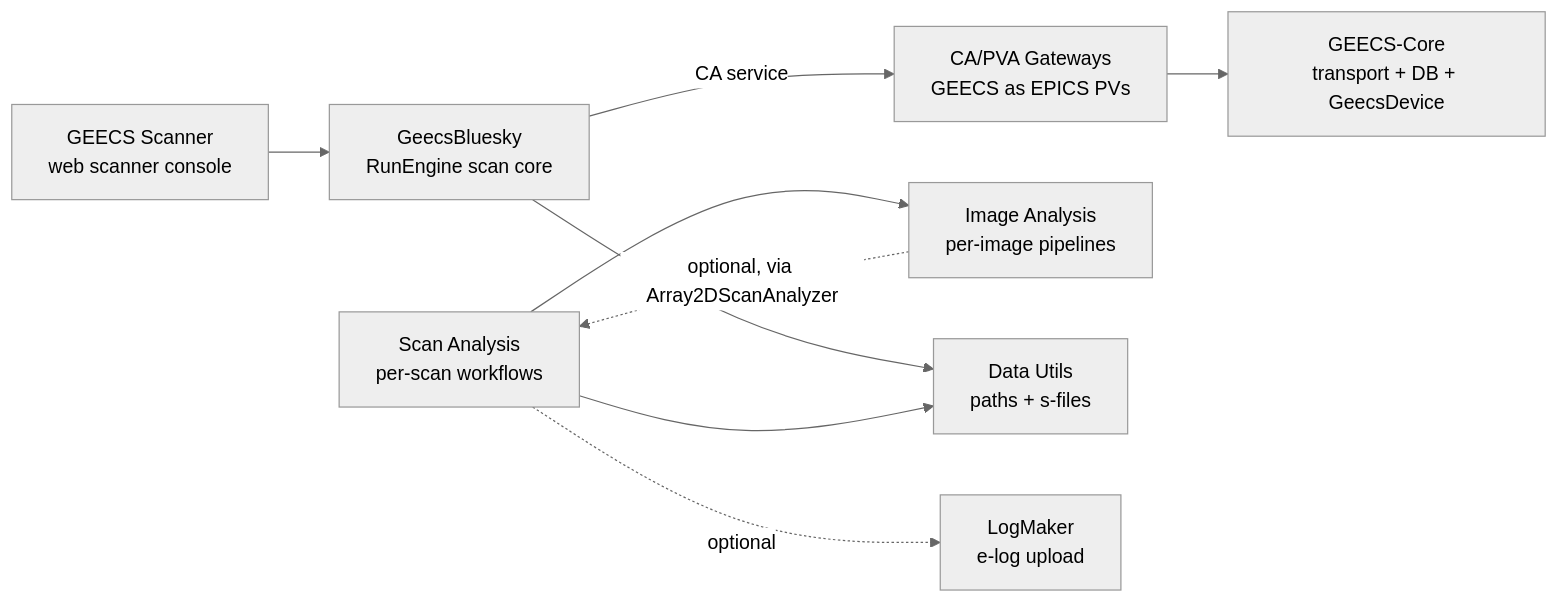
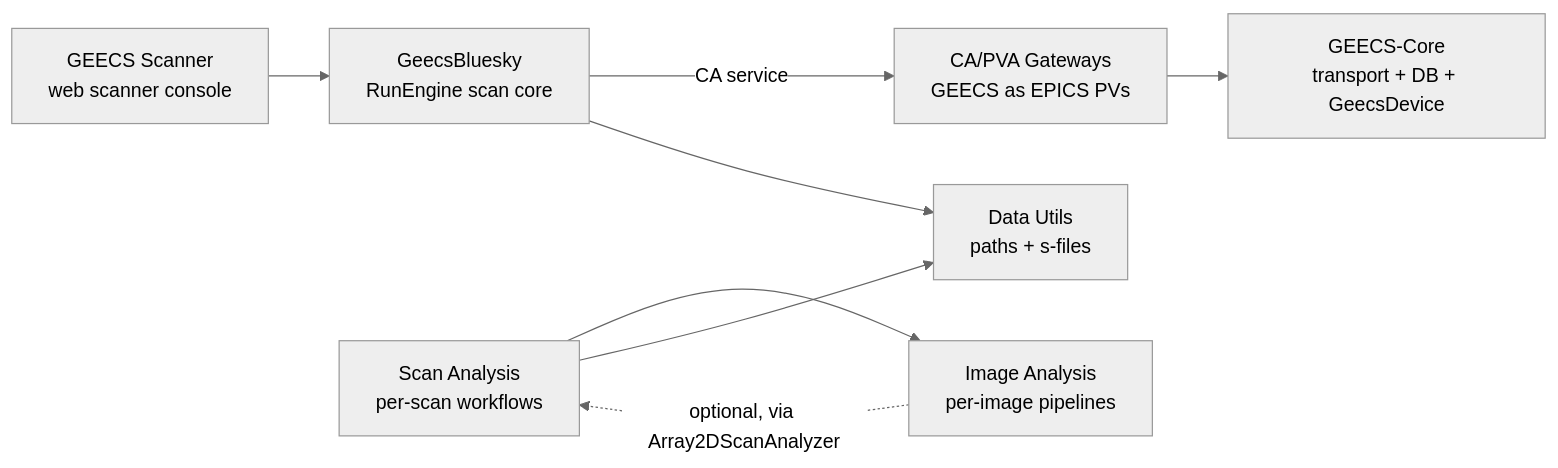
The diagram in docs/index.md (GEECS-BELLA/GEECS-Plugins), drawn with Mermaid (neutral theme) before and after one commit. The commit also changed other lines of this file and 63 other files, not shown here.

````diff
--- a/docs/index.md
+++ b/docs/index.md
@@ -71,20 +71,18 @@
 ```mermaid
 flowchart LR
     Scanner[GEECS Scanner<br/>web scanner console]
     Engine[GeecsBluesky<br/>RunEngine scan core]
     Core[GEECS-Core<br/>transport + DB + GeecsDevice]
     GW[CA/PVA Gateways<br/>GEECS as EPICS PVs]
     SA[Scan Analysis<br/>per-scan workflows]
     IA[Image Analysis<br/>per-image pipelines]
     DU[Data Utils<br/>paths + s-files]
-    GDoc[LogMaker<br/>e-log upload]
 
     Scanner --> Engine
     Engine -->|CA service| GW
     GW --> Core
     Engine --> DU
     SA --> IA
     SA --> DU
-    SA -.->|optional| GDoc
     IA -.->|optional, via Array2DScanAnalyzer| SA
 ```
````
